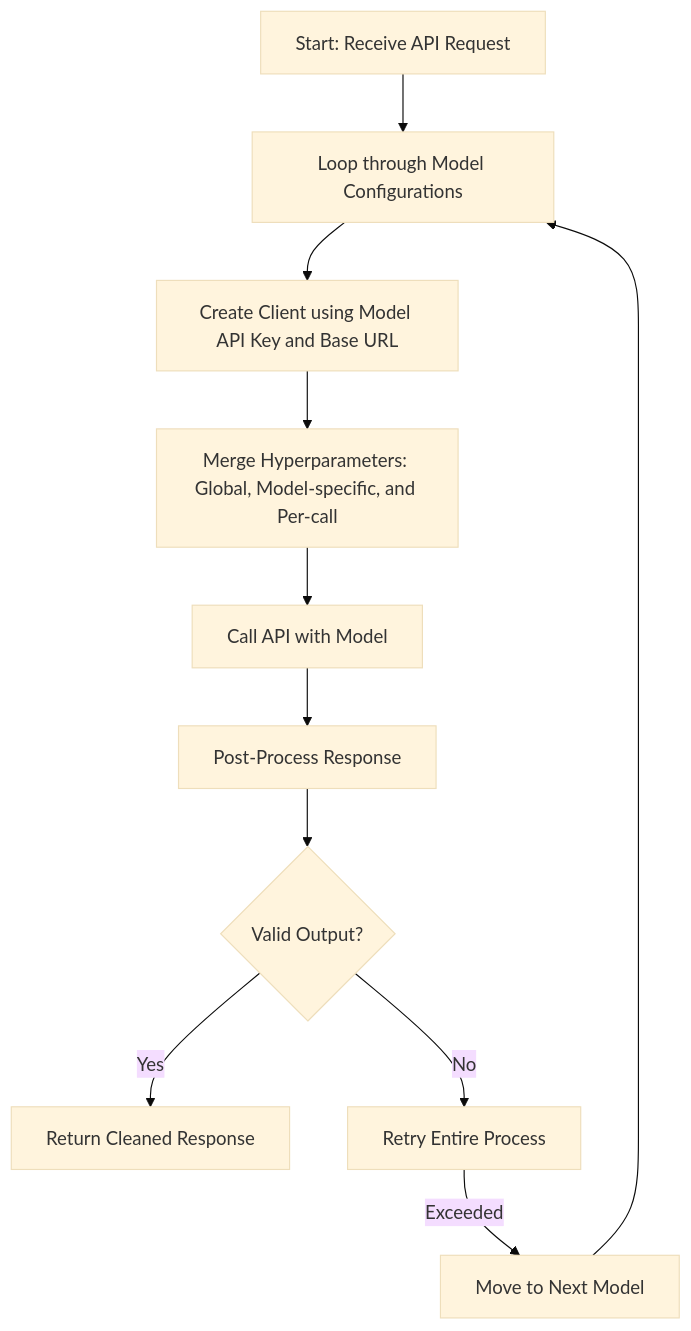
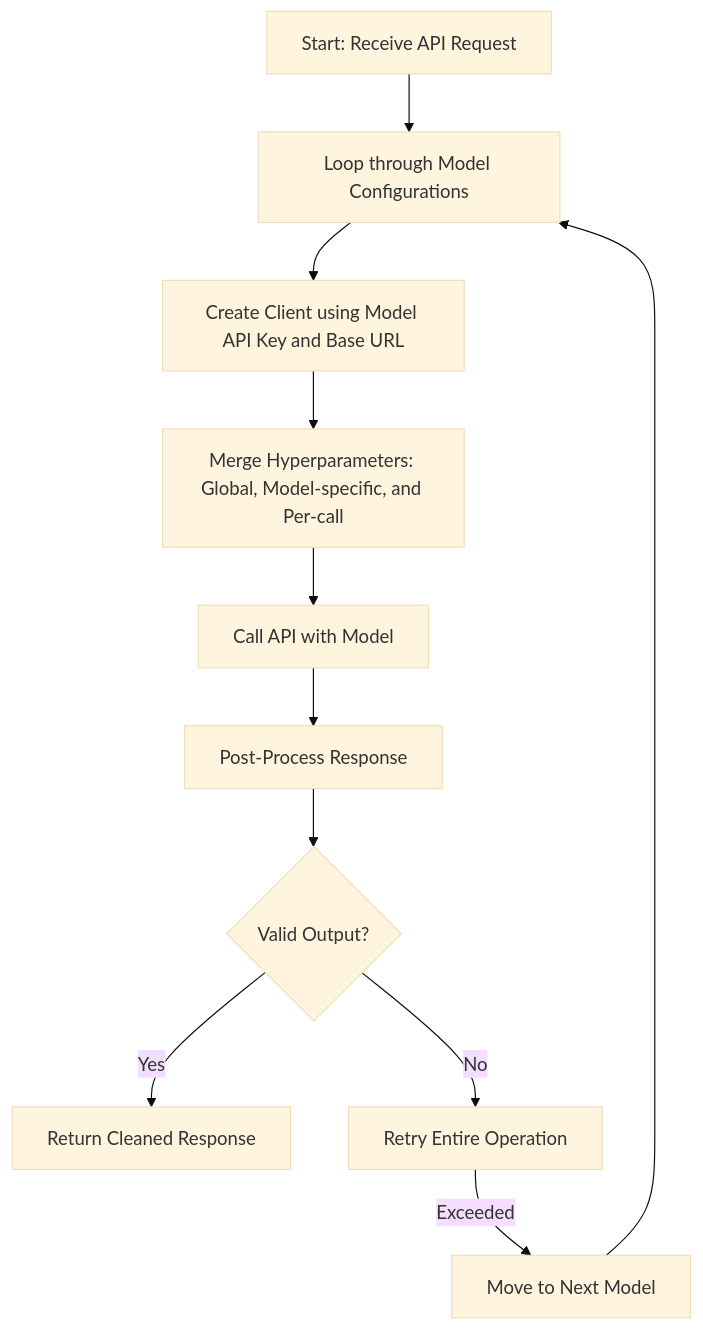
One commit to ibivibiv/simple-llm-openai-wrapper changed the diagram in README.md. Above: the diagram before and after it, drawn with Mermaid (base theme). The commit also changed other lines of this file, not shown here.

````diff
--- a/README.md
+++ b/README.md
@@ -124,14 +130,13 @@
 ```mermaid
 flowchart TD
     A[Start: Receive API Request] --> B[Loop through Model Configurations]
     B --> C[Create Client using Model API Key and Base URL]
     C --> D[Merge Hyperparameters: Global, Model-specific, and Per-call]
     D --> E[Call API with Model]
     E --> F[Post-Process Response]
     F --> G{Valid Output?}
     G -- Yes --> H[Return Cleaned Response]
-    G -- No --> I[Retry Entire Process]
+    G -- No --> I[Retry Entire Operation]
     I -- Exceeded --> J[Move to Next Model]
     J --> B
-
 ```
````
